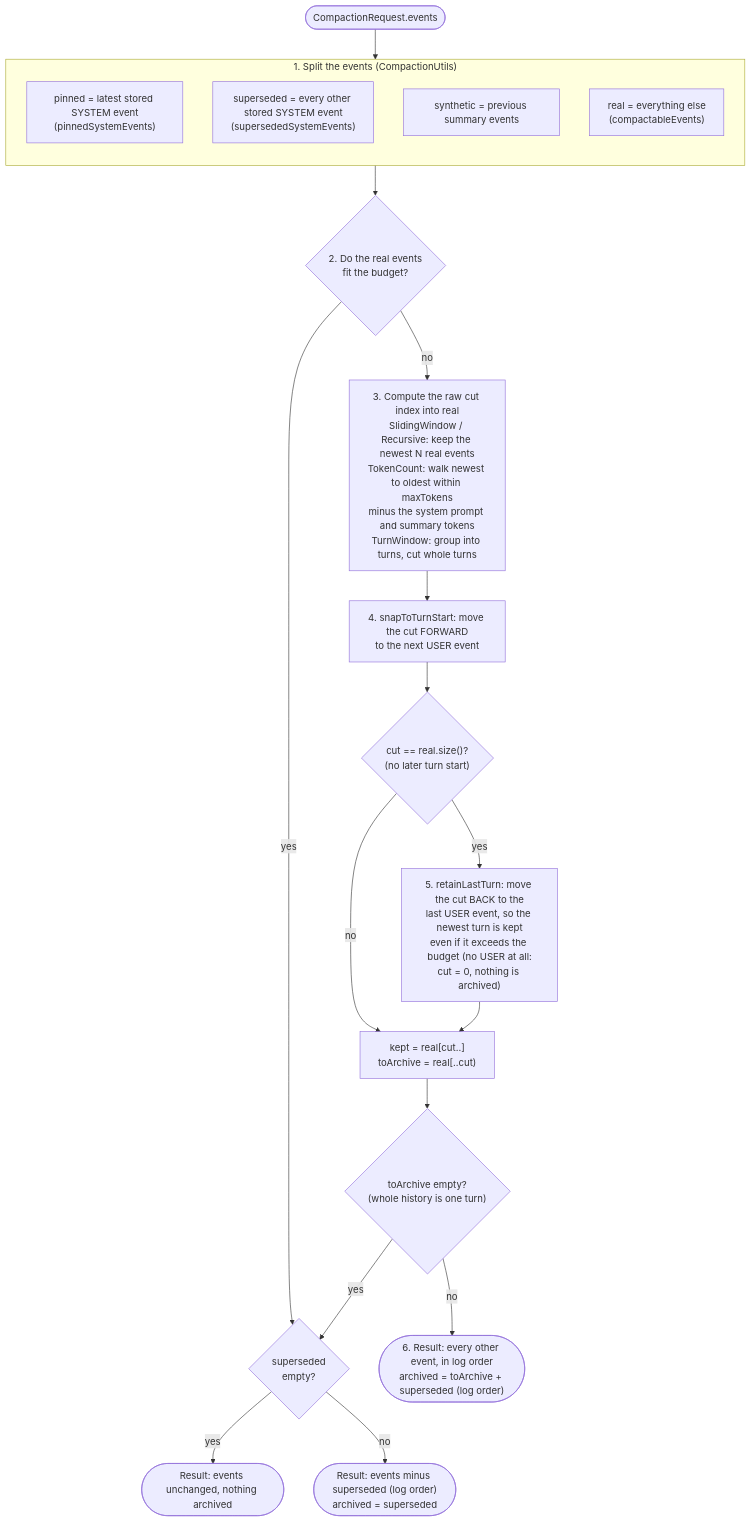
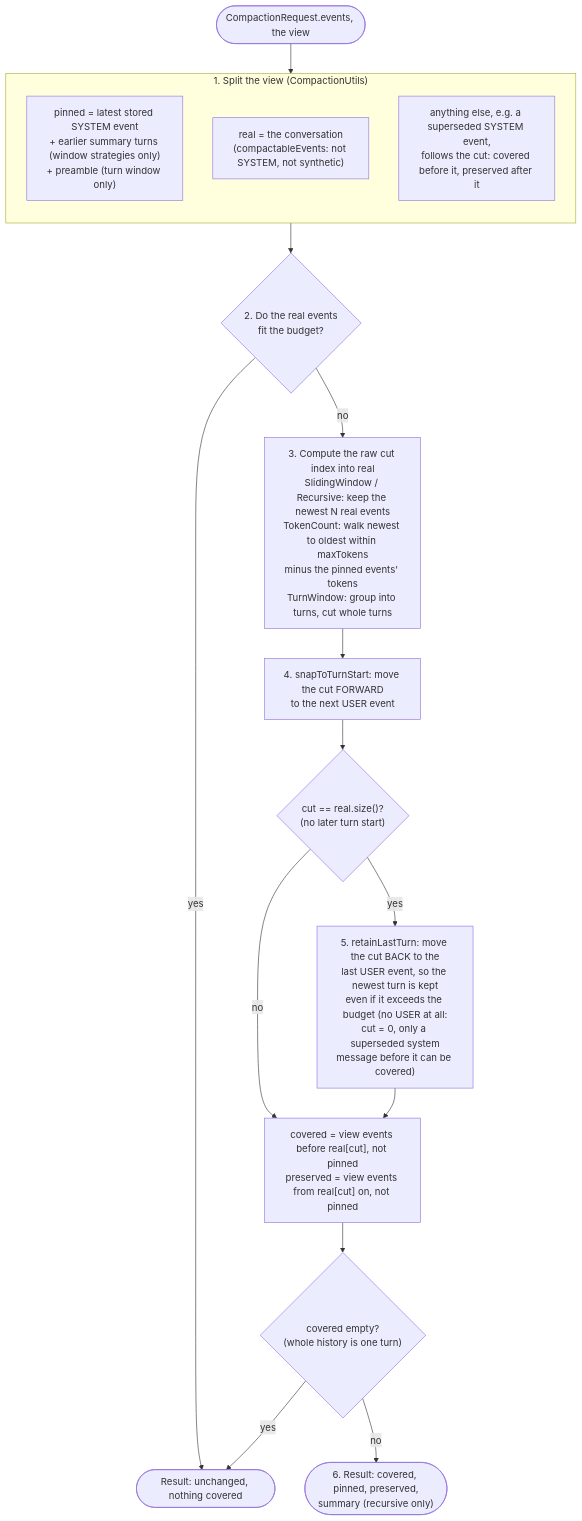
Before and after one commit to spring-ai-community/spring-ai-session: the fifth of 9 diagrams in docs/session-management/compaction-internals.md, drawn with Mermaid. The commit also changed other lines of this file and 53 other files, not shown here.

First line of the commit message:
Record compaction as an appended boundary and project the active view

````diff
--- a/docs/session-management/compaction-internals.md
+++ b/docs/session-management/compaction-internals.md
@@ -273,27 +295,24 @@
 ```mermaid
 flowchart TB
-    start([CompactionRequest.events]) --> split
+    start([CompactionRequest.events, the view]) --> split
 
-    subgraph split["1. Split the events (CompactionUtils)"]
+    subgraph split["1. Split the view (CompactionUtils)"]
         direction TB
-        s1["pinned = latest stored SYSTEM event<br/>(pinnedSystemEvents)"]
-        s2["superseded = every other stored SYSTEM event<br/>(supersededSystemEvents)"]
-        s3["synthetic = previous summary events"]
-        s4["real = everything else<br/>(compactableEvents)"]
+        s1["pinned = latest stored SYSTEM event<br/>+ earlier summary turns (window strategies only)<br/>+ preamble (turn window only)"]
+        s2["real = the conversation<br/>(compactableEvents: not SYSTEM, not synthetic)"]
+        s3["anything else, e.g. a superseded SYSTEM event,<br/>follows the cut: covered before it, preserved after it"]
     end
 
     split --> budget{"2. Do the real events<br/>fit the budget?"}
-    budget -- yes --> noop{"superseded<br/>empty?"}
-    noop -- yes --> r0([Result: events unchanged, nothing archived])
-    noop -- no --> r1(["Result: events minus superseded (log order)<br/>archived = superseded"])
+    budget -- yes --> r0([Result: unchanged, nothing covered])
 
-    budget -- no --> raw["3. Compute the raw cut index into real<br/>SlidingWindow / Recursive: keep the newest N real events<br/>TokenCount: walk newest to oldest within maxTokens<br/>minus the system prompt and summary tokens<br/>TurnWindow: group into turns, cut whole turns"]
+    budget -- no --> raw["3. Compute the raw cut index into real<br/>SlidingWindow / Recursive: keep the newest N real events<br/>TokenCount: walk newest to oldest within maxTokens<br/>minus the pinned events' tokens<br/>TurnWindow: group into turns, cut whole turns"]
     raw --> snap["4. snapToTurnStart: move the cut FORWARD<br/>to the next USER event"]
     snap --> end1{"cut == real.size()?<br/>(no later turn start)"}
     end1 -- no --> cut
-    end1 -- yes --> retain["5. retainLastTurn: move the cut BACK to the<br/>last USER event, so the newest turn is kept<br/>even if it exceeds the budget (no USER at all:<br/>cut = 0, nothing is archived)"]
-    retain --> cut["kept = real[cut..]<br/>toArchive = real[..cut)"]
-    cut --> empty{"toArchive empty?<br/>(whole history is one turn)"}
-    empty -- yes --> noop
-    empty -- no --> r2(["6. Result: every other event, in log order<br/>archived = toArchive + superseded (log order)"])
+    end1 -- yes --> retain["5. retainLastTurn: move the cut BACK to the<br/>last USER event, so the newest turn is kept<br/>even if it exceeds the budget (no USER at all:<br/>cut = 0, only a superseded system<br/>message before it can be covered)"]
+    retain --> cut["covered = view events before real[cut], not pinned<br/>preserved = view events from real[cut] on, not pinned"]
+    cut --> empty{"covered empty?<br/>(whole history is one turn)"}
+    empty -- yes --> r0
+    empty -- no --> r2(["6. Result: covered, pinned, preserved,<br/>summary (recursive only)"])
 ```
````
